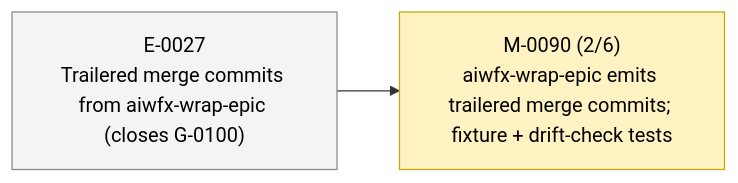
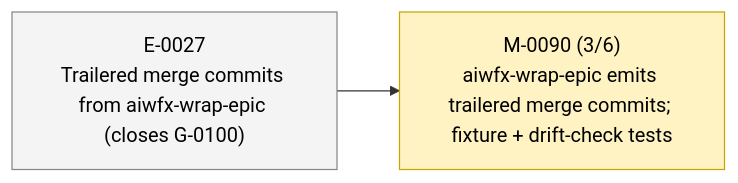
One commit to 23min/aiwf changed the second of 2 diagrams in STATUS.md. Above: the diagram before and after it, drawn with Mermaid. The commit also changed other lines of this file and 1 other file, not shown here.

````diff
--- a/STATUS.md
+++ b/STATUS.md
@@ -51,12 +51,12 @@
 ```mermaid
 flowchart LR
   E_0027["E-0027<br/>Trailered merge commits from aiwfx-wrap-epic (closes G-0100)"]:::epic_proposed
-  M_0090["M-0090 (2/6)<br/>aiwfx-wrap-epic emits trailered merge commits; fixture + drift-check tests"]:::ms_in_progress
+  M_0090["M-0090 (3/6)<br/>aiwfx-wrap-epic emits trailered merge commits; fixture + drift-check tests"]:::ms_in_progress
   E_0027 --> M_0090
   classDef epic_active fill:#d6eaff,stroke:#1a73e8,color:#000
   classDef epic_proposed fill:#f4f4f4,stroke:#888,color:#000
   classDef ms_done fill:#d8f5d8,stroke:#2a8a2a,color:#000
   classDef ms_in_progress fill:#fff3c4,stroke:#caa400,color:#000
   classDef ms_draft fill:#f4f4f4,stroke:#888,color:#000
   classDef ms_cancelled fill:#fbeaea,stroke:#c33,color:#000
 ```
````
